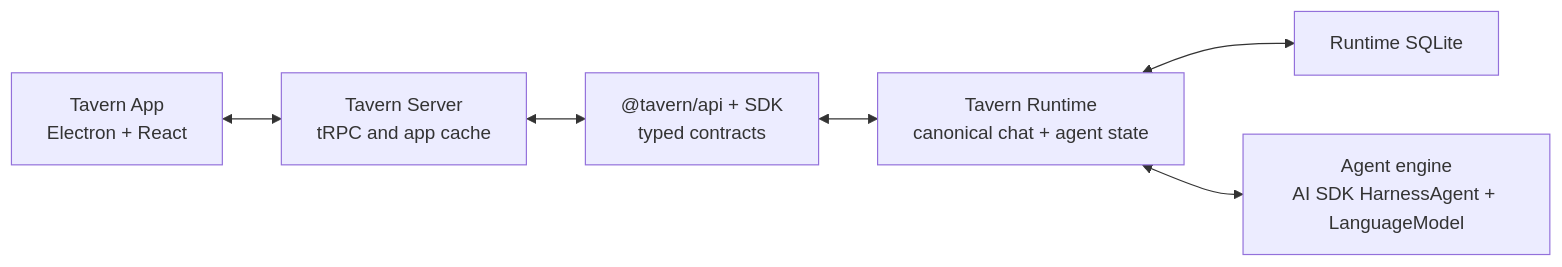
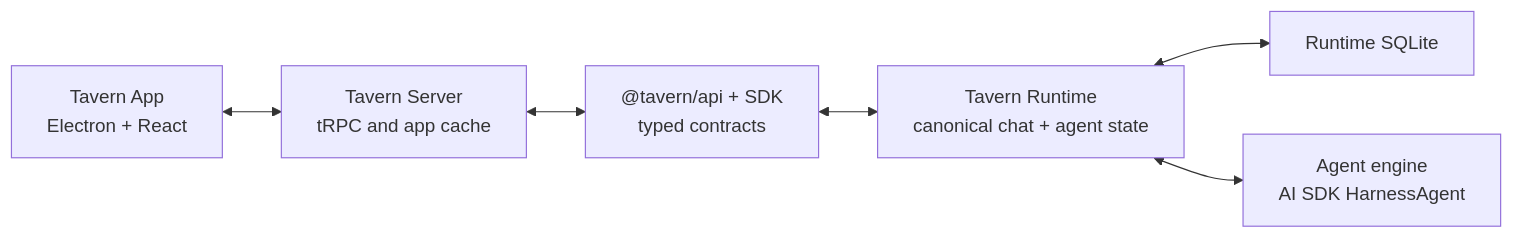
Before and after one commit to zknicker/tavern: the diagram in docs/internals/architecture-overview.md, drawn with Mermaid. The commit also changed other lines of this file and 76 other files, not shown here.

````diff
--- a/docs/internals/architecture-overview.md
+++ b/docs/internals/architecture-overview.md
@@ -13,15 +13,15 @@
 ```mermaid
 flowchart LR
     app["Tavern App<br/>Electron + React"]
     server["Tavern Server<br/>tRPC and app cache"]
     sdk["@tavern/api + SDK<br/>typed contracts"]
     runtime["Tavern Runtime<br/>canonical chat + agent state"]
     db["Runtime SQLite"]
-    engine["Agent engine<br/>AI SDK HarnessAgent + LanguageModel"]
+    engine["Agent engine<br/>AI SDK HarnessAgent"]
 
     app <--> server
     server <--> sdk
     sdk <--> runtime
     runtime <--> db
     runtime <--> engine
 ```
````
